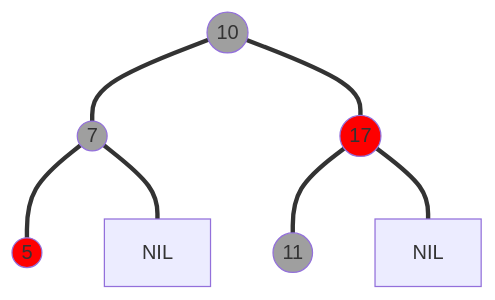
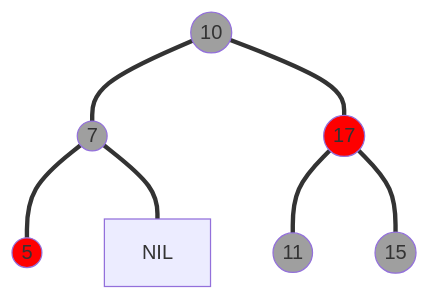
The first of 2 diagrams in docs/zju/compulsory_courses/ADS/ch2.md (WintermelonC/WintermelonC_Docs), drawn with Mermaid before and after one commit. The commit also changed other lines of this file, not shown here.

````diff
--- a/docs/zju/compulsory_courses/ADS/ch2.md
+++ b/docs/zju/compulsory_courses/ADS/ch2.md
@@ -218,19 +217,21 @@
         ```mermaid
         graph TD;
         a((10))
         b((7))
         c((17))
         d((5))
         e((11))
+        h((15))
         a === b
         a === c
         b === d
         b === f[NIL]
         c === e
-        c === g[NIL]
+        c === h
         style a fill: #9f9f9f
         style b fill: #9f9f9f
         style e fill: #9f9f9f
         style c fill: #fe0000
         style d fill: #fe0000
+        style h fill: #9f9f9f
         ```
````
